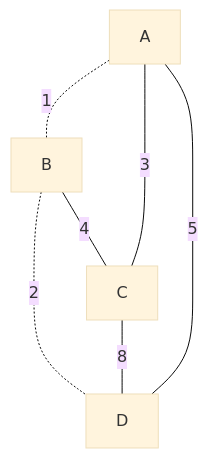
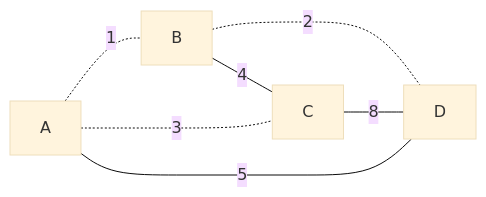
Before and after one commit to Chivas-Regal/Tech: the second of 4 diagrams in blogs/algorithm/graph/minimum-spanning-tree.md, drawn with Mermaid (base theme). The commit also changed other lines of this file and 409 other files, not shown here.

Commit message:
mermaid flowchart

````diff
--- a/blogs/algorithm/graph/minimum-spanning-tree.md
+++ b/blogs/algorithm/graph/minimum-spanning-tree.md
@@ -49,9 +45,9 @@
 ```mermaid
-graph TB;
+graph LR;
 A-.-|1|B
-A---|3|C
+A-.-|3|C
 B-.-|2|D
 C---|8|D
 B---|4|C
 A---|5|D
 ```
````
